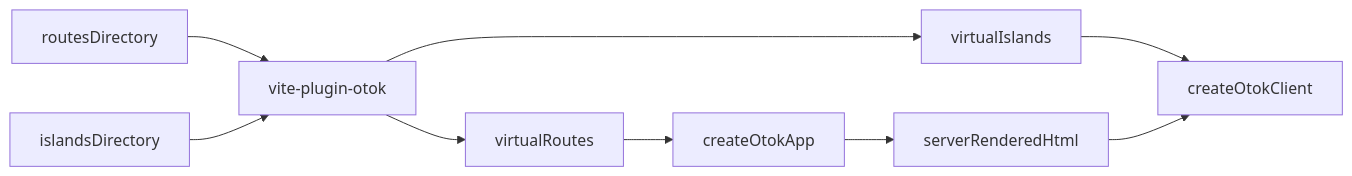
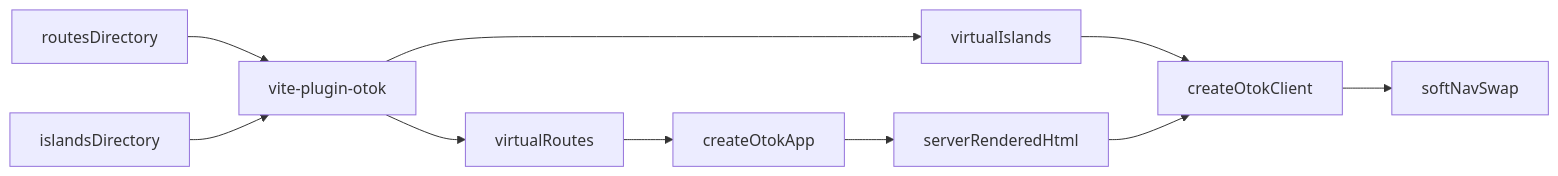
Before and after one commit to kamod-ch/otok: the diagram in README.md, drawn with Mermaid. The commit also changed other lines of this file and 39 other files, not shown here.

````diff
--- a/README.md
+++ b/README.md
@@ -32,11 +33,12 @@
 ```mermaid
 flowchart LR
   Routes[routesDirectory] --> Plugin[vite-plugin-otok]
   Islands[islandsDirectory] --> Plugin
   Plugin --> VirtualRoutes[virtualRoutes]
   Plugin --> VirtualIslands[virtualIslands]
   VirtualRoutes --> Server[createOtokApp]
   Server --> HTML[serverRenderedHtml]
   VirtualIslands --> Client[createOtokClient]
   HTML --> Client
+  Client --> SoftNav[softNavSwap]
 ```
````
